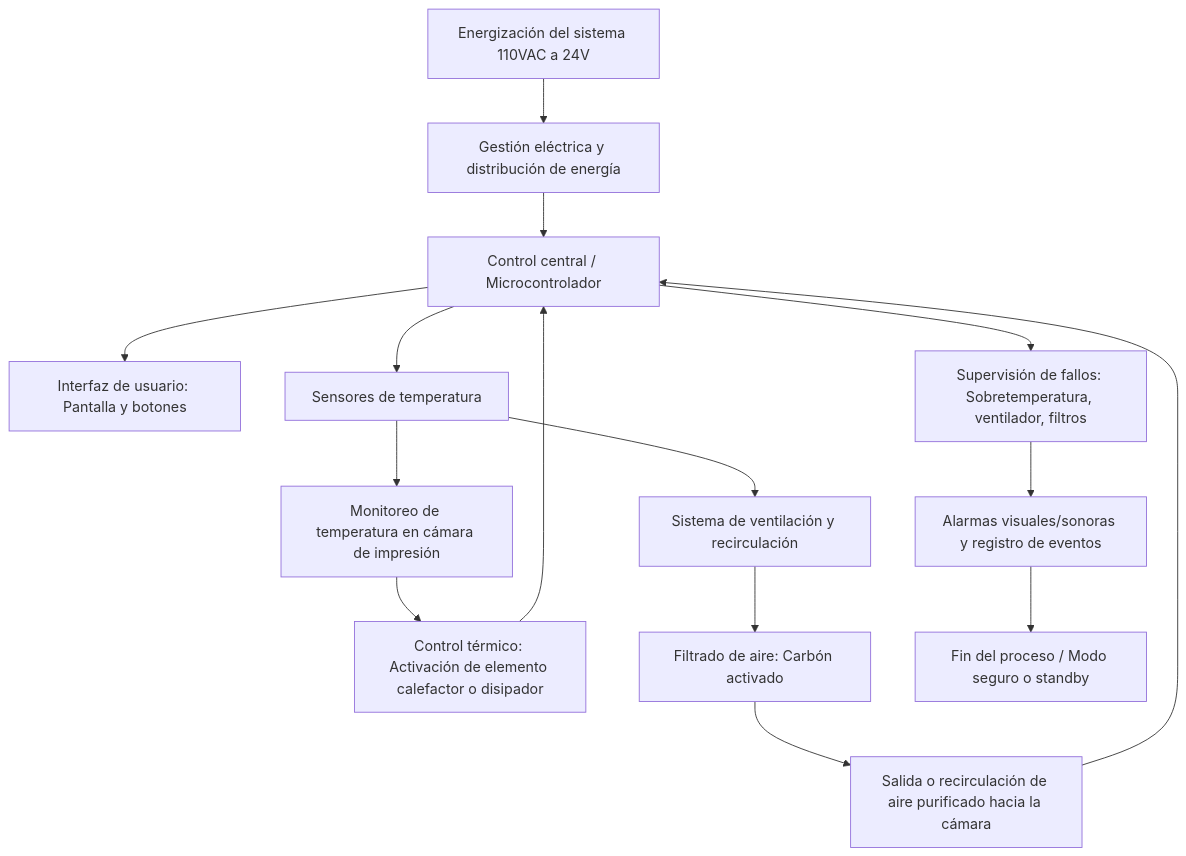
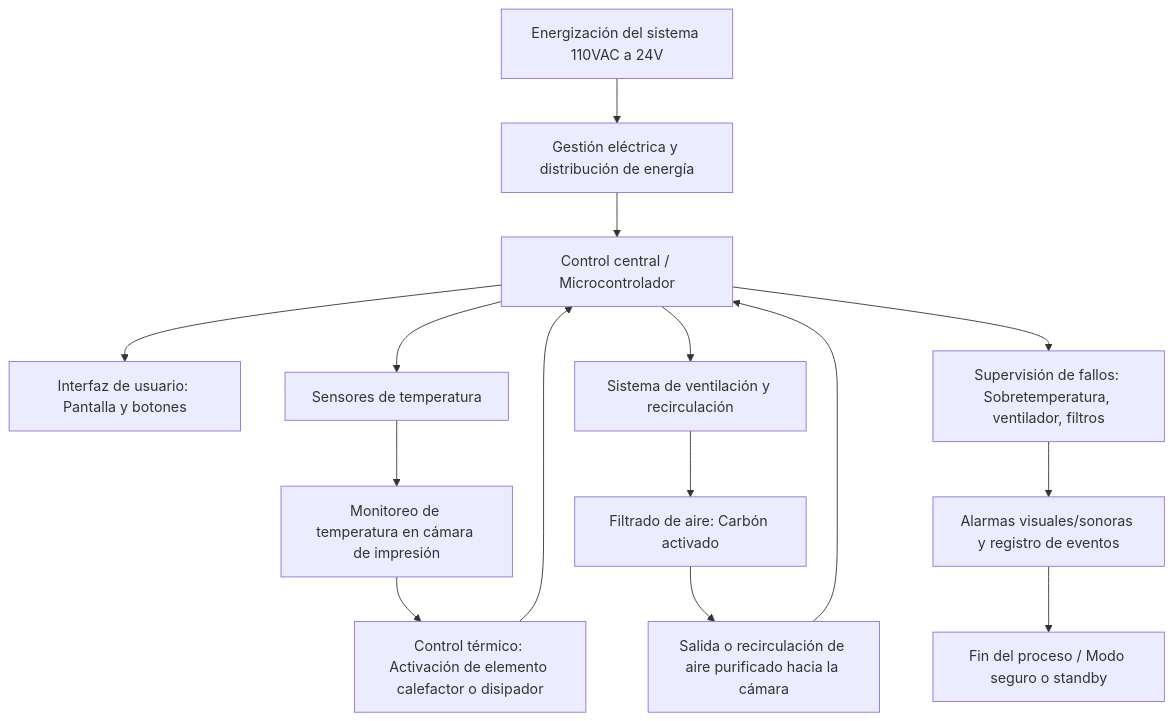
The second of 2 diagrams in README.md (isamendo17/Proyecto_final_robotica), drawn with Mermaid before and after one commit.

````diff
--- a/README.md
+++ b/README.md
@@ -51,27 +51,27 @@
 ```mermaid
 flowchart TD
     A[Energización del sistema 110VAC a 24V] --> B[Gestión eléctrica y distribución de energía]
     B --> C[Control central / Microcontrolador]
     
     %% Sensores e interfaz
     C --> D[Interfaz de usuario: Pantalla y botones]
     C --> E[Sensores de temperatura]
     
     %% Control térmico
     E --> F[Monitoreo de temperatura en cámara de impresión]
     F --> G[Control térmico: Activación de elemento calefactor o disipador]
     G --> C
     
     %% Purificación de aire
-    E --> H[Sistema de ventilación y recirculación]
+    C --> H[Sistema de ventilación y recirculación]
     H --> I[Filtrado de aire: Carbón activado]
     I --> J[Salida o recirculación de aire purificado hacia la cámara]
     J --> C
     
     %% Seguridad y alarmas
     C --> K[Supervisión de fallos: Sobretemperatura, ventilador, filtros]
     K --> L[Alarmas visuales/sonoras y registro de eventos]
     
     %% Cierre
     L --> M[Fin del proceso / Modo seguro o standby]
 ```
````
